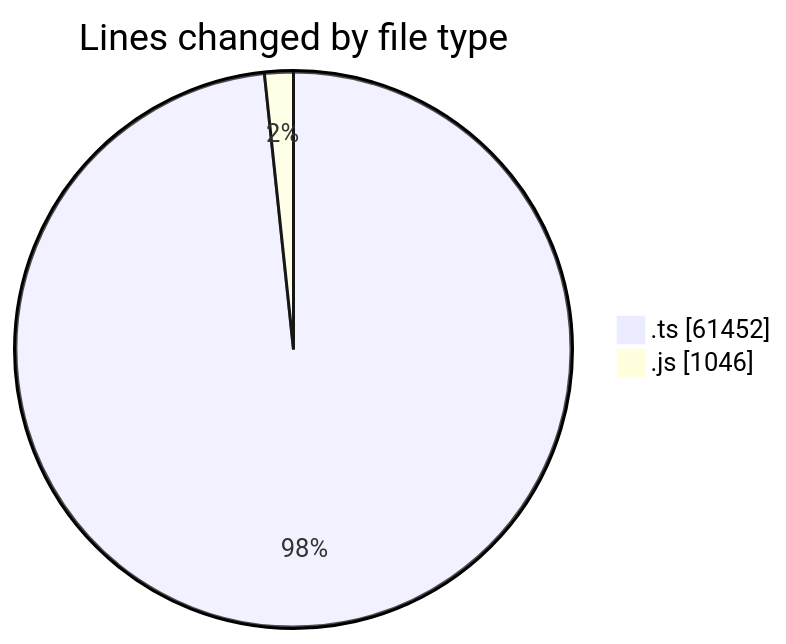
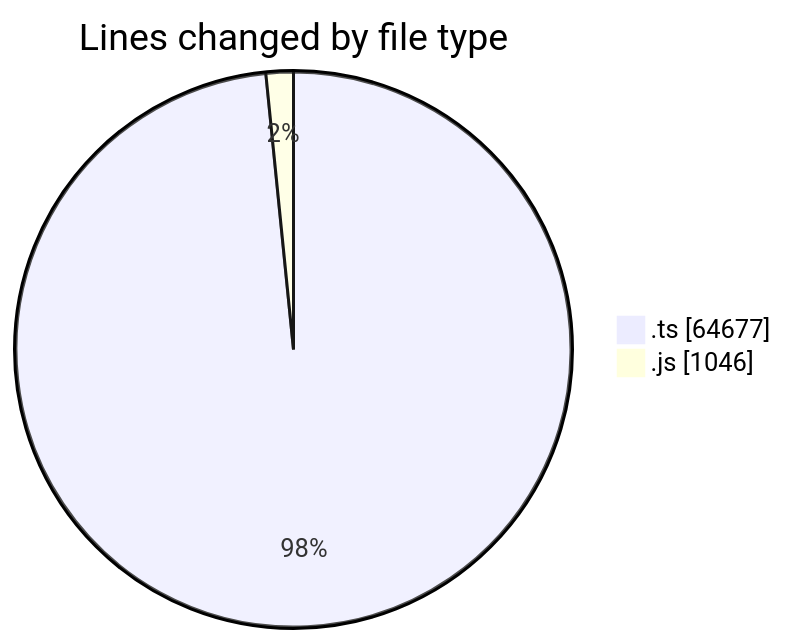
The first of 2 diagrams in 2025-09-29/cda/README.md (momahboobian/code-tracking), drawn with Mermaid before and after one commit. The commit also changed other lines of this file and 1 other file, not shown here.

````diff
--- a/2025-09-29/cda/README.md
+++ b/2025-09-29/cda/README.md
@@ -27,6 +28,6 @@
 ```mermaid
 pie showData
 title Lines changed by file type
-".ts" : 61452
+".ts" : 64677
 ".js" : 1046
 ```
````
